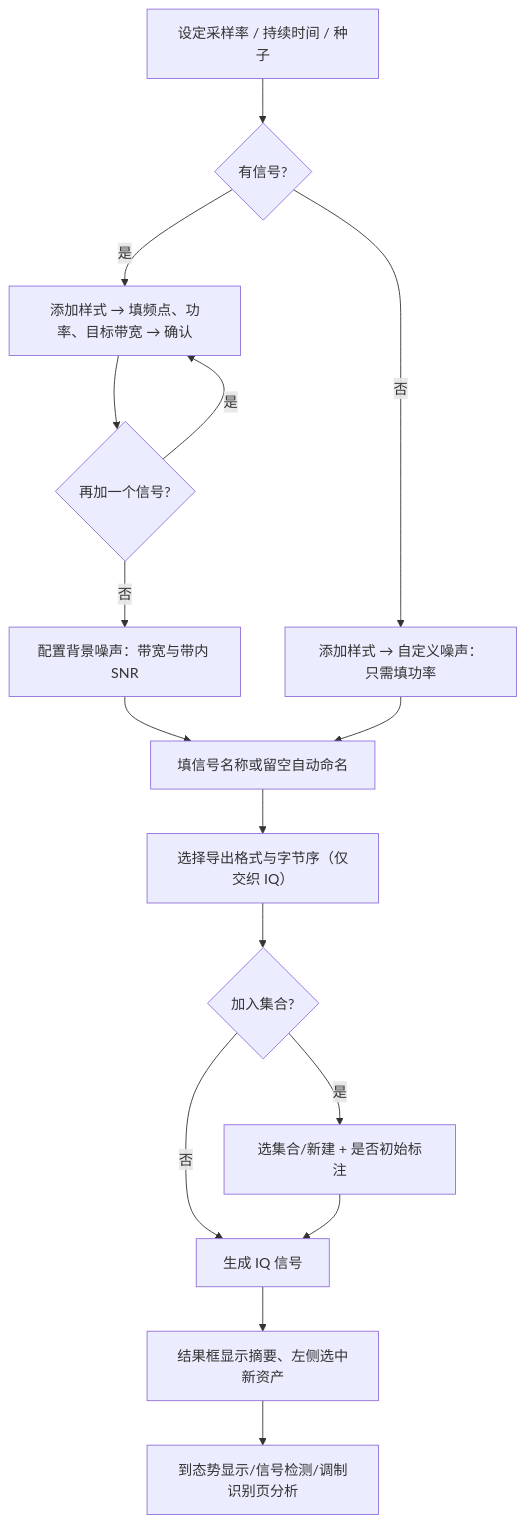
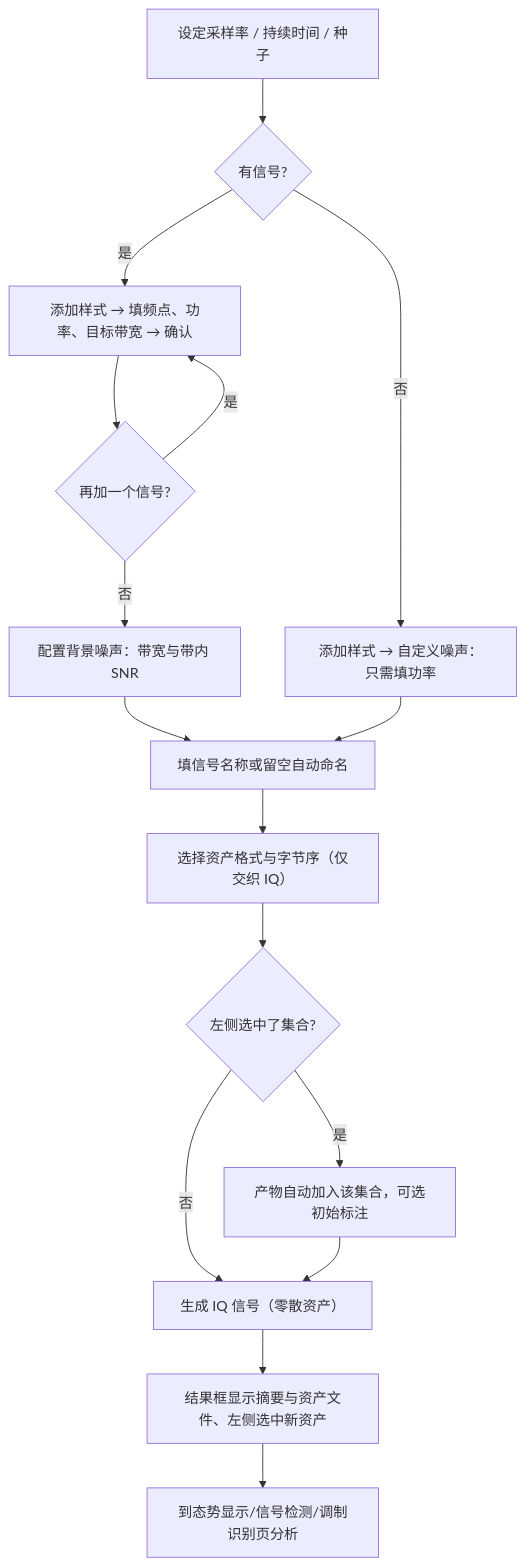
Before and after one commit to darkking1112/SimuSingal: the diagram in docs/电磁信号分析和识别/02IQ信号生成页面.md, drawn with Mermaid. The commit also changed other lines of this file and 36 other files, not shown here.

````diff
--- a/docs/电磁信号分析和识别/02IQ信号生成页面.md
+++ b/docs/电磁信号分析和识别/02IQ信号生成页面.md
@@ -144,18 +158,18 @@
 ```mermaid
 flowchart TD
     A[设定采样率 / 持续时间 / 种子] --> B{有信号?}
     B -- 是 --> C[添加样式 → 填频点、功率、目标带宽 → 确认]
     C --> D{再加一个信号?}
     D -- 是 --> C
     D -- 否 --> E[配置背景噪声：带宽与带内 SNR]
     B -- 否 --> F["添加样式 → 自定义噪声：只需填功率"]
     E --> G[填信号名称或留空自动命名]
     F --> G
-    G --> H["选择导出格式与字节序（仅交织 IQ）"]
-    H --> I{加入集合?}
-    I -- 是 --> J[选集合/新建 + 是否初始标注]
-    I -- 否 --> K[生成 IQ 信号]
+    G --> H["选择资产格式与字节序（仅交织 IQ）"]
+    H --> I{左侧选中了集合?}
+    I -- 是 --> J[产物自动加入该集合，可选初始标注]
+    I -- 否 --> K[生成 IQ 信号（零散资产）]
     J --> K
-    K --> L[结果框显示摘要、左侧选中新资产]
+    K --> L[结果框显示摘要与资产文件、左侧选中新资产]
     L --> M["到态势显示/信号检测/调制识别页分析"]
 ```
````
